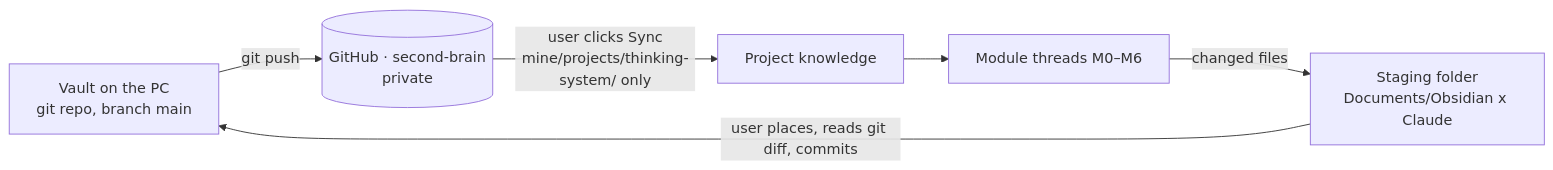
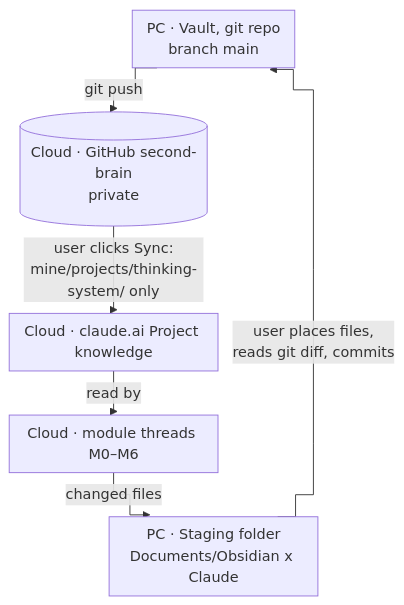
One commit to quocnguyen13/second-brain changed diagram 14 of 16 in mine/projects/thinking-system/23 Product Requirements.md. Above: the diagram before and after it, drawn with Mermaid. The commit also changed other lines of this file and 5 other files, not shown here.

````diff
--- a/mine/projects/thinking-system/23 Product Requirements.md
+++ b/mine/projects/thinking-system/23 Product Requirements.md
@@ -827,8 +904,9 @@
 ```mermaid
-flowchart LR
-    VT["Vault on the PC<br/>git repo, branch main"] -->|"git push"| GH[("GitHub · second-brain<br/>private")]
-    GH -->|"user clicks Sync<br/>mine/projects/thinking-system/ only"| PK["Project knowledge"]
-    PK --> TH["Module threads M0–M6"]
-    TH -->|"changed files"| SF["Staging folder<br/>Documents/Obsidian x Claude"]
-    SF -->|"user places, reads git diff, commits"| VT
+%%{init: {"flowchart": {"curve": "step", "useMaxWidth": true, "nodeSpacing": 12, "rankSpacing": 25, "padding": 8, "subGraphTitleMargin": {"top": 4, "bottom": 8}}}}%%
+flowchart TB
+    VT["PC · Vault, git repo<br/>branch main"] -->|"git push"| GH[("Cloud · GitHub second-brain<br/>private")]
+    GH -->|"user clicks Sync:<br/>mine/projects/thinking-system/ only"| PK["Cloud · claude.ai Project knowledge"]
+    PK -->|"read by"| TH["Cloud · module threads M0–M6"]
+    TH -->|"changed files"| SF["PC · Staging folder<br/>Documents/Obsidian x Claude"]
+    SF -->|"user places files,<br/>reads git diff, commits"| VT
 ```
````
